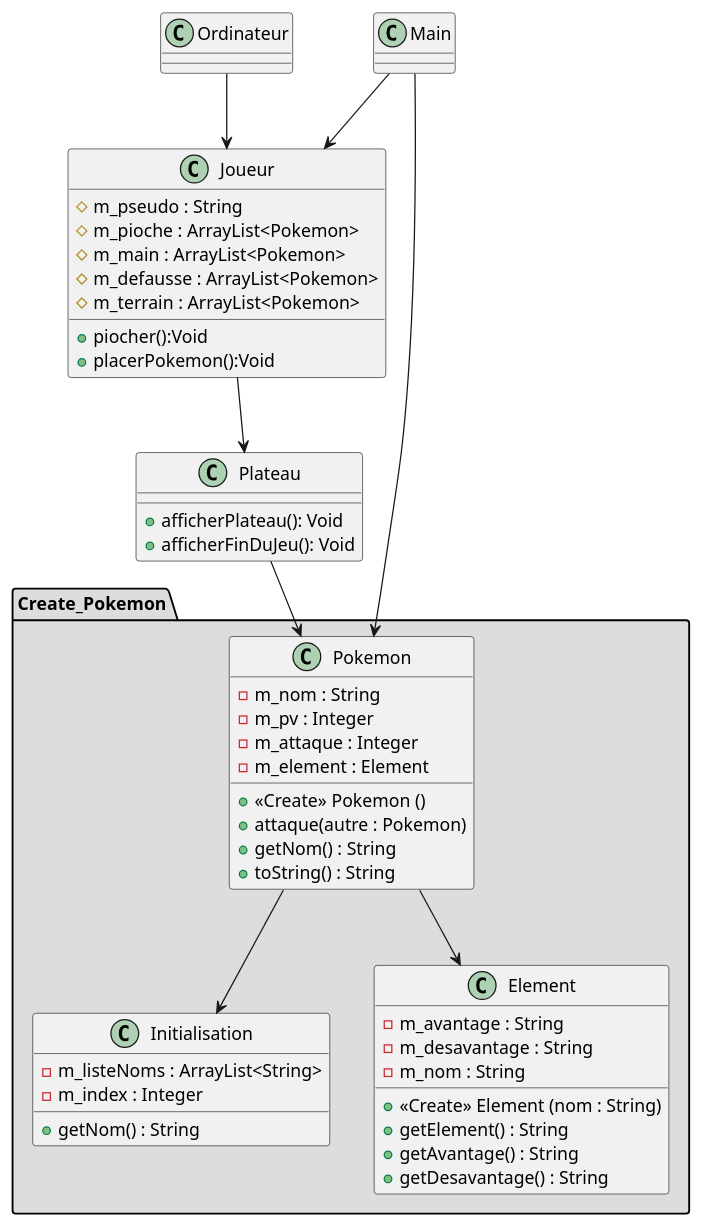
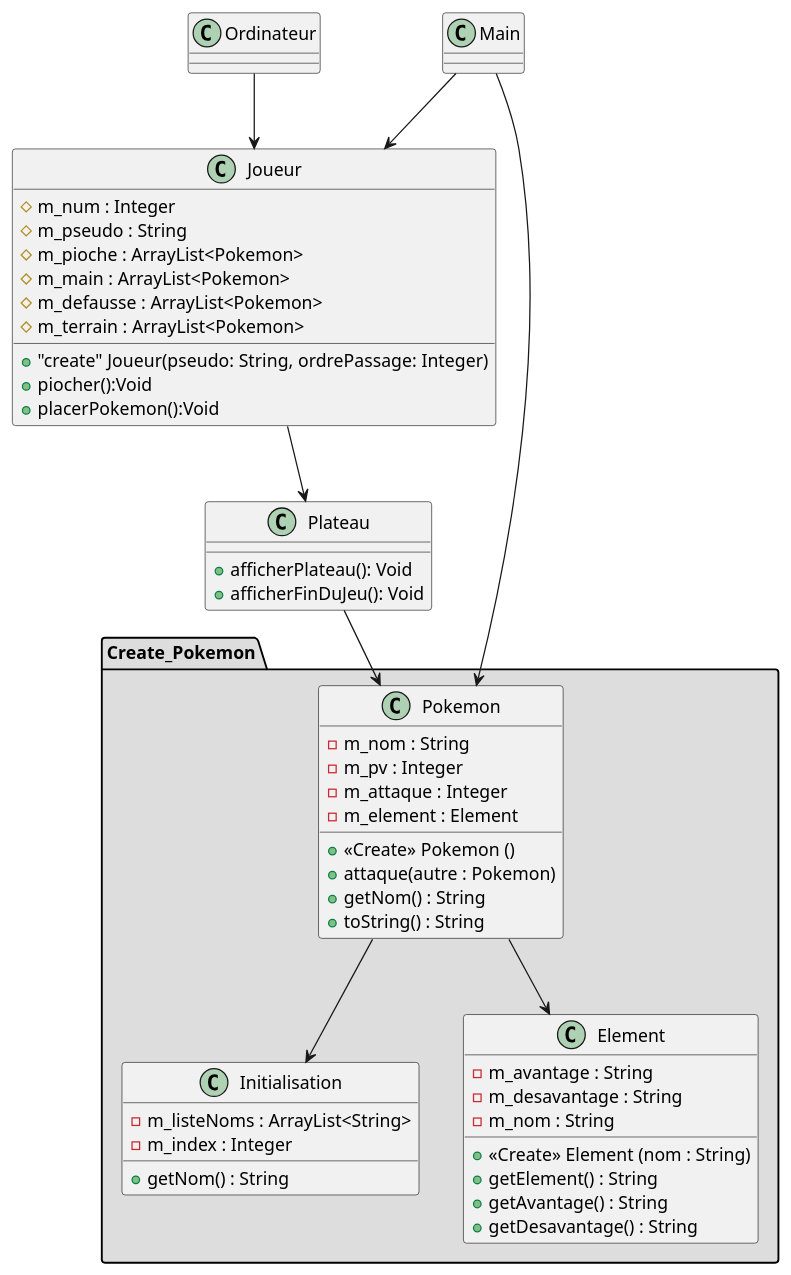
The diagram in uml/semaine1.puml (Wa-Melissa/Pookemon), drawn with PlantUML before and after one commit.

Commit message:
creation de la classe Joueur

```diff
--- a/uml/semaine1.puml
+++ b/uml/semaine1.puml
@@ -1,78 +1,80 @@
 @startuml
 
 class Main
 {
 
 }
 
 class Ordinateur
 {
 
 }
 
 class Joueur
 {
+# m_num : Integer
 # m_pseudo : String
 # m_pioche : ArrayList<Pokemon>
 # m_main : ArrayList<Pokemon>
 # m_defausse : ArrayList<Pokemon>
 # m_terrain : ArrayList<Pokemon>
++ "create" Joueur(pseudo: String, ordrePassage: Integer)
 + piocher():Void
 + placerPokemon():Void
 
 }
 
 
 
 
 class Plateau
 {
 + afficherPlateau(): Void
 +afficherFinDuJeu(): Void
 }
 
 
 package "Create_Pokemon" #DDDDDD {
 
 class Pokemon
 {
 - m_nom : String
 - m_pv : Integer
 - m_attaque : Integer
 - m_element : Element
 + <<Create>> Pokemon ()
 + attaque(autre : Pokemon)
 + getNom() : String
 + toString() : String
 }
 
 class Initialisation
 {
 - m_listeNoms : ArrayList<String>
 - m_index : Integer
 + getNom() : String
 }
 
 class Element
 {
 - m_avantage : String
 - m_desavantage : String
 - m_nom : String
 + <<Create>> Element (nom : String)
 + getElement() : String
 + getAvantage() : String
 + getDesavantage() : String
 }
 
 }
 
 Plateau --> Pokemon
 Pokemon --> Element
 Ordinateur --> Joueur
 Joueur --> Plateau
 Main --> Pokemon
 Main --> Joueur
 Pokemon --> Initialisation
 
 
 @enduml
```
